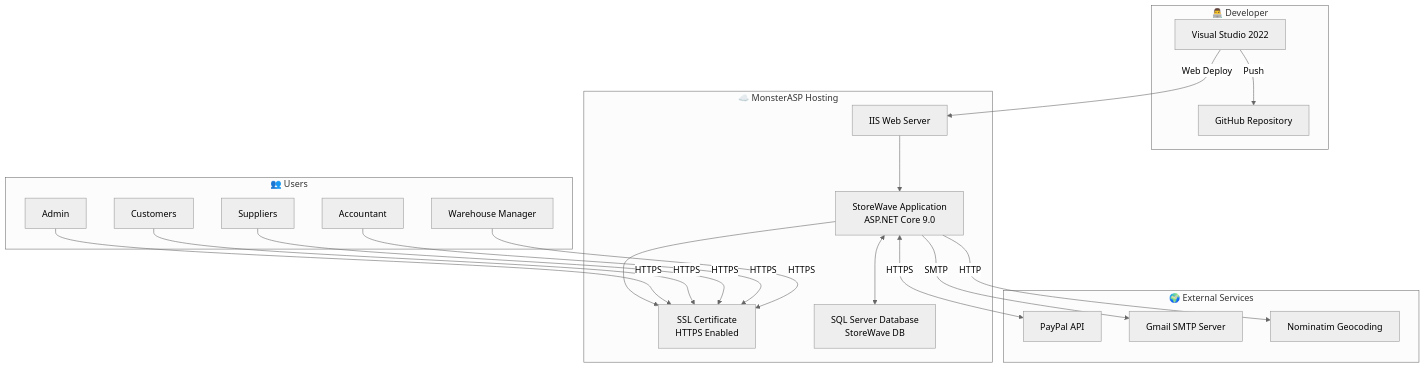
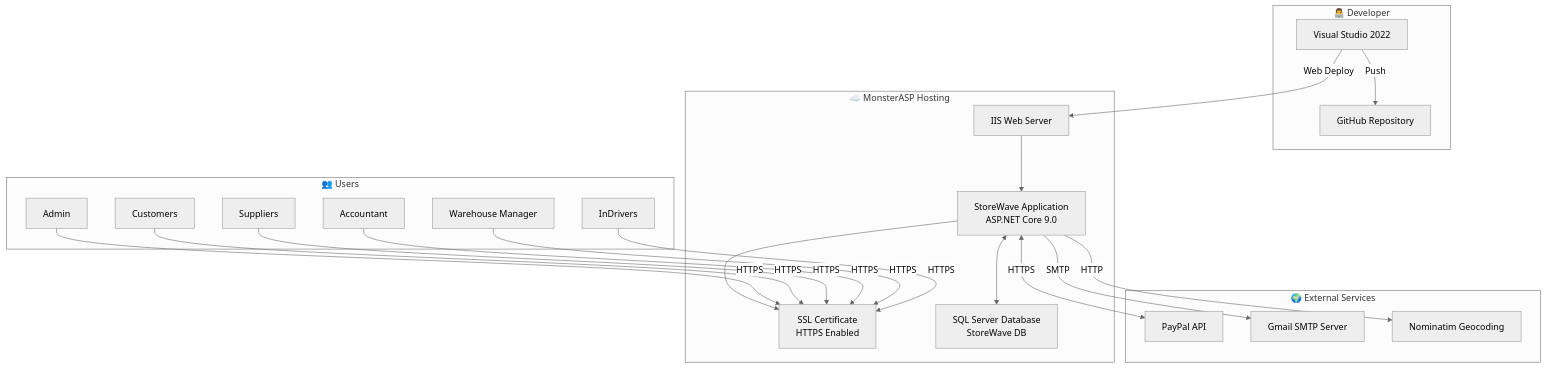
The seventh of 7 diagrams in README.md (Ahmedramzysaid/StoreWave), drawn with Mermaid (neutral theme) before and after one commit. The commit also changed other lines of this file and 105 other files, not shown here.

````diff
--- a/README.md
+++ b/README.md
@@ -714,45 +738,47 @@
 ```mermaid
 graph TB
     subgraph "👨‍💻 Developer"
         DEV[Visual Studio 2022]
         GIT[GitHub Repository]
     end
 
     subgraph "☁️ MonsterASP Hosting"
         IIS["IIS Web Server"]
         APP["StoreWave Application<br/>ASP.NET Core 9.0"]
         SSL["SSL Certificate<br/>HTTPS Enabled"]
         MSSQL["SQL Server Database<br/>StoreWave DB"]
     end
 
     subgraph "🌍 External Services"
         PP[PayPal API]
         SMTP[Gmail SMTP Server]
         NOM[Nominatim Geocoding]
     end
 
     subgraph "👥 Users"
         ADMIN[Admin]
         CUST[Customers]
         SUPP[Suppliers]
         ACCT[Accountant]
         WH[Warehouse Manager]
+        DRV[InDrivers]
     end
 
     DEV -->|"Web Deploy"| IIS
     DEV -->|"Push"| GIT
 
     IIS --> APP
     APP --> SSL
     APP <--> MSSQL
 
     APP <-->|HTTPS| PP
     APP -->|SMTP| SMTP
     APP -->|HTTP| NOM
 
     ADMIN -->|HTTPS| SSL
     CUST -->|HTTPS| SSL
     SUPP -->|HTTPS| SSL
     ACCT -->|HTTPS| SSL
     WH -->|HTTPS| SSL
+    DRV -->|HTTPS| SSL
 ```
````
